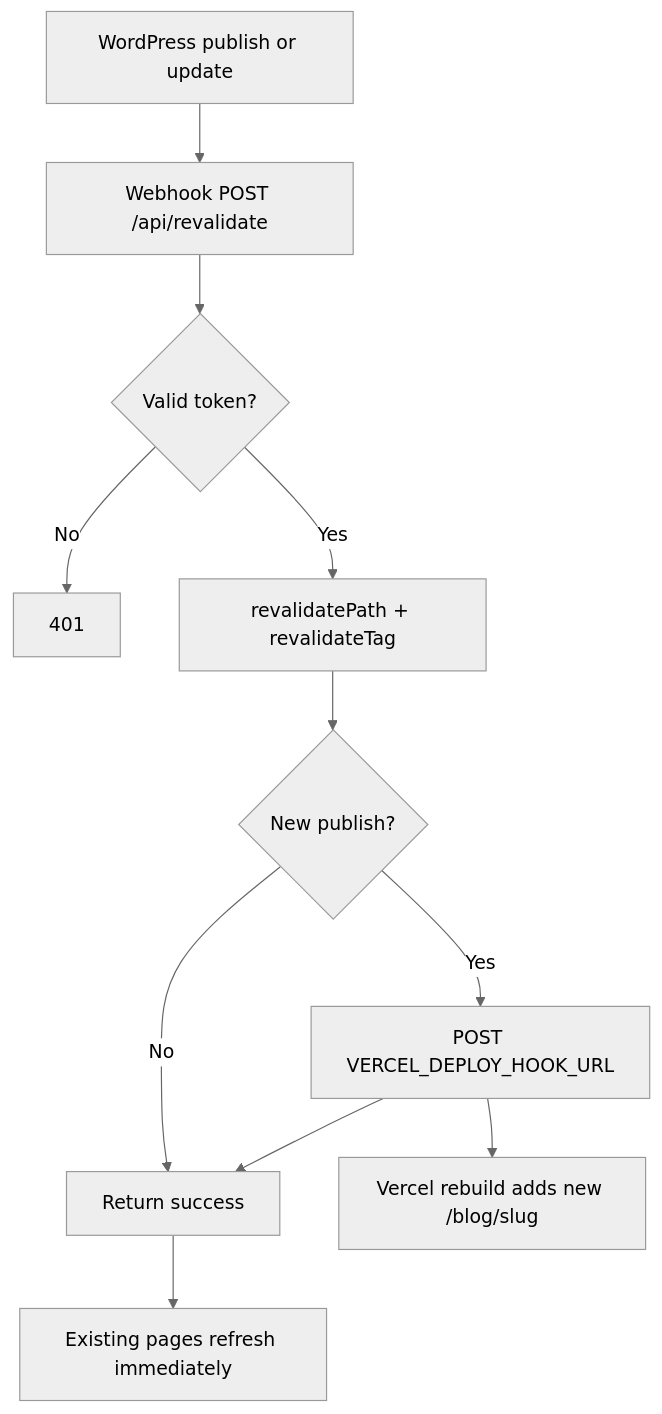
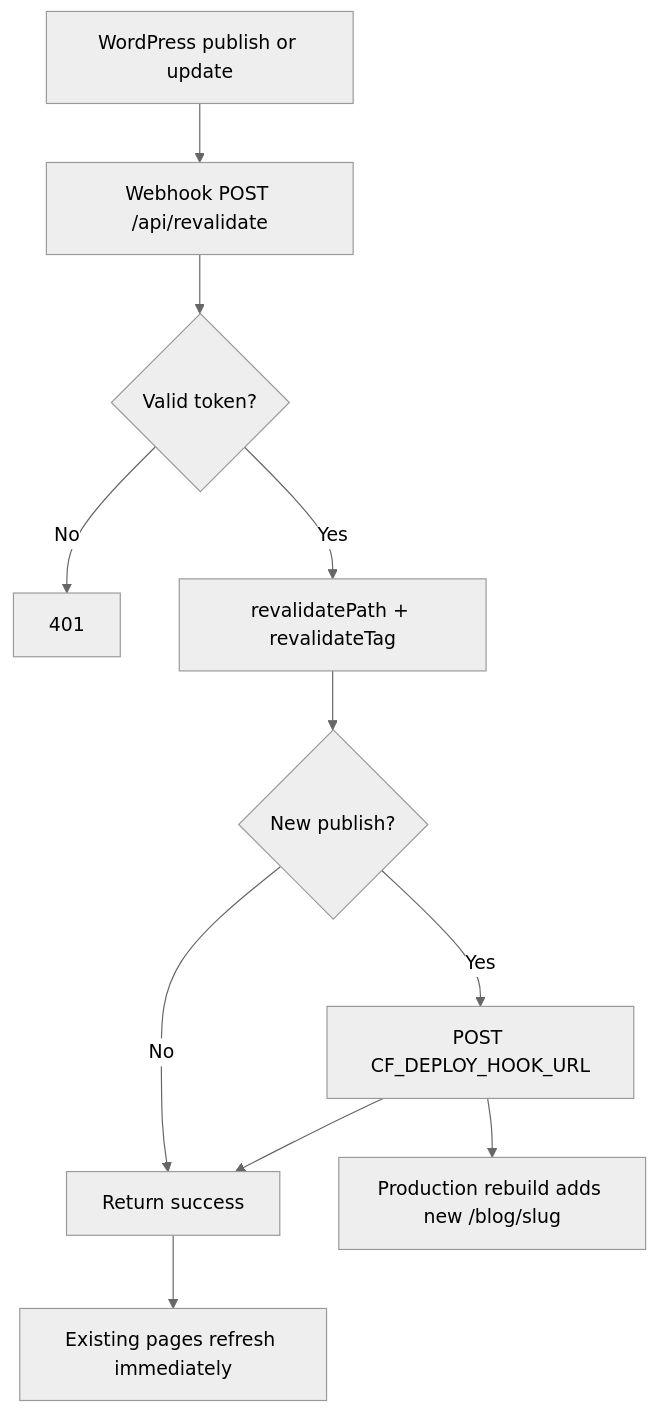
The diagram in docs/cms-publish-and-cpu-optimizations.md (stevepao/time-restricted-vercel), drawn with Mermaid (neutral theme) before and after one commit. The commit also changed other lines of this file and 19 other files, not shown here.

````diff
--- a/docs/cms-publish-and-cpu-optimizations.md
+++ b/docs/cms-publish-and-cpu-optimizations.md
@@ -104,13 +108,13 @@
 ```mermaid
 flowchart TD
   A[WordPress publish or update] --> B[Webhook POST /api/revalidate]
   B --> C{Valid token?}
   C -->|No| D[401]
   C -->|Yes| E[revalidatePath + revalidateTag]
   E --> F{New publish?}
-  F -->|Yes| G[POST VERCEL_DEPLOY_HOOK_URL]
+  F -->|Yes| G[POST CF_DEPLOY_HOOK_URL]
   F -->|No| H[Return success]
   G --> H
   H --> I[Existing pages refresh immediately]
-  G --> J[Vercel rebuild adds new /blog/slug]
+  G --> J[Production rebuild adds new /blog/slug]
 ```
````
